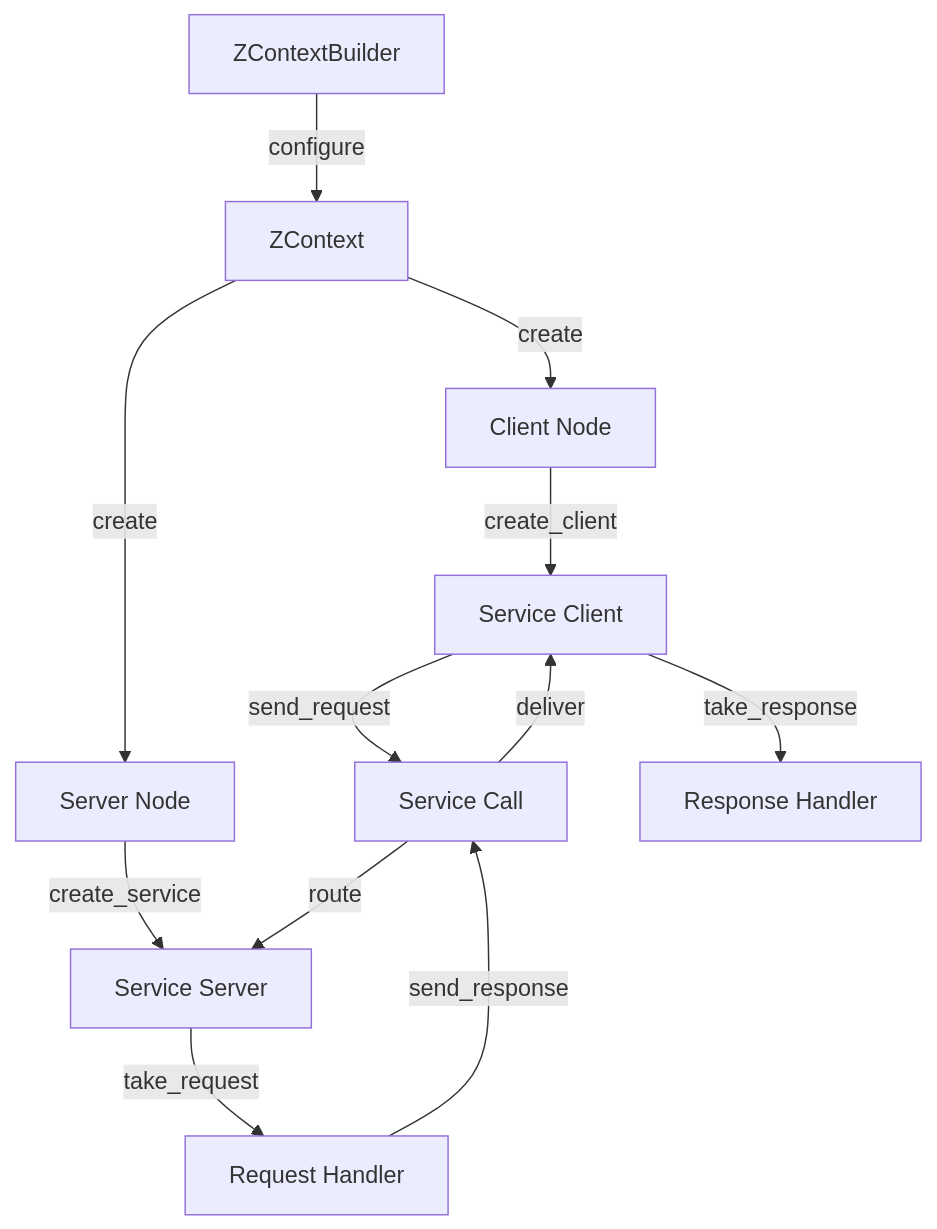
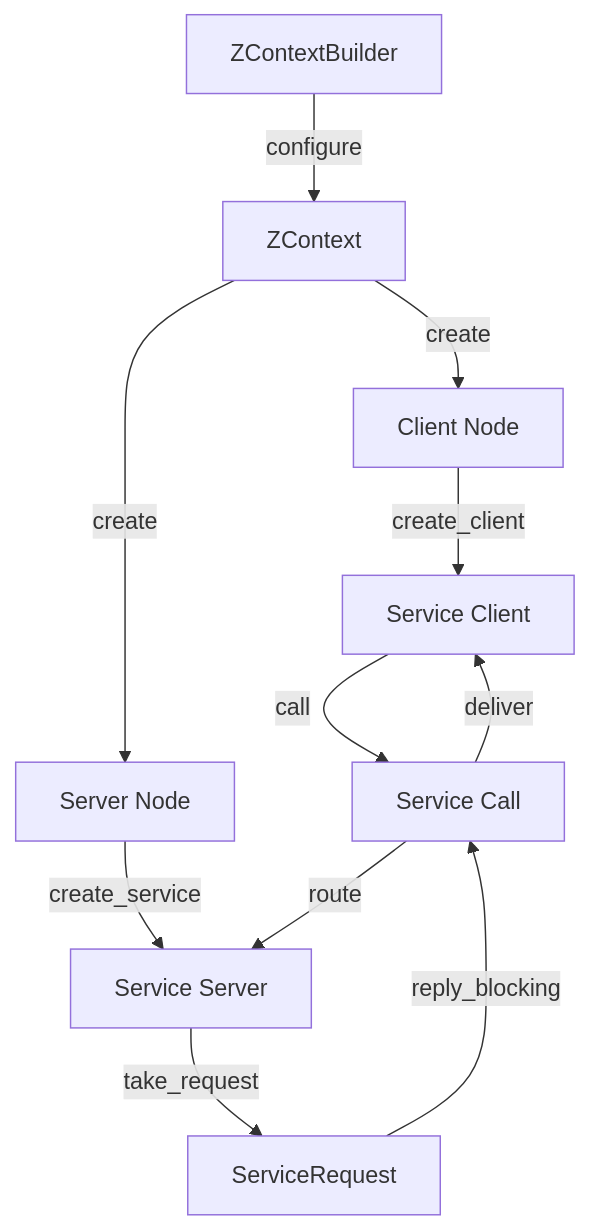
The fourth of 4 diagrams in docs/core-concepts/services.md (ZettaScaleLabs/ros-z), drawn with Mermaid before and after one commit. The commit also changed other lines of this file and 2 other files, not shown here.

First line of the commit message:
docs(services): update to call-based client API and unified ServiceRequest

````diff
--- a/docs/core-concepts/services.md
+++ b/docs/core-concepts/services.md
@@ -173,16 +173,15 @@
 ```mermaid
 graph TD
 accTitle: Service visual flow from context creation to response handling
 accDescr: ZContextBuilder creates a ZContext that spawns both a client node and server node; the client sends a request routed through the service call to the server's handler, which returns a response the client takes.
     A[ZContextBuilder] -->|configure| B[ZContext]
     B -->|create| C[Client Node]
     B -->|create| D[Server Node]
     C -->|create_client| E[Service Client]
     D -->|create_service| F[Service Server]
-    E -->|send_request| G[Service Call]
+    E -->|call| G[Service Call]
     G -->|route| F
-    F -->|take_request| H[Request Handler]
-    H -->|send_response| G
+    F -->|take_request| H[ServiceRequest]
+    H -->|reply_blocking| G
     G -->|deliver| E
-    E -->|take_response| I[Response Handler]
 ```
````
